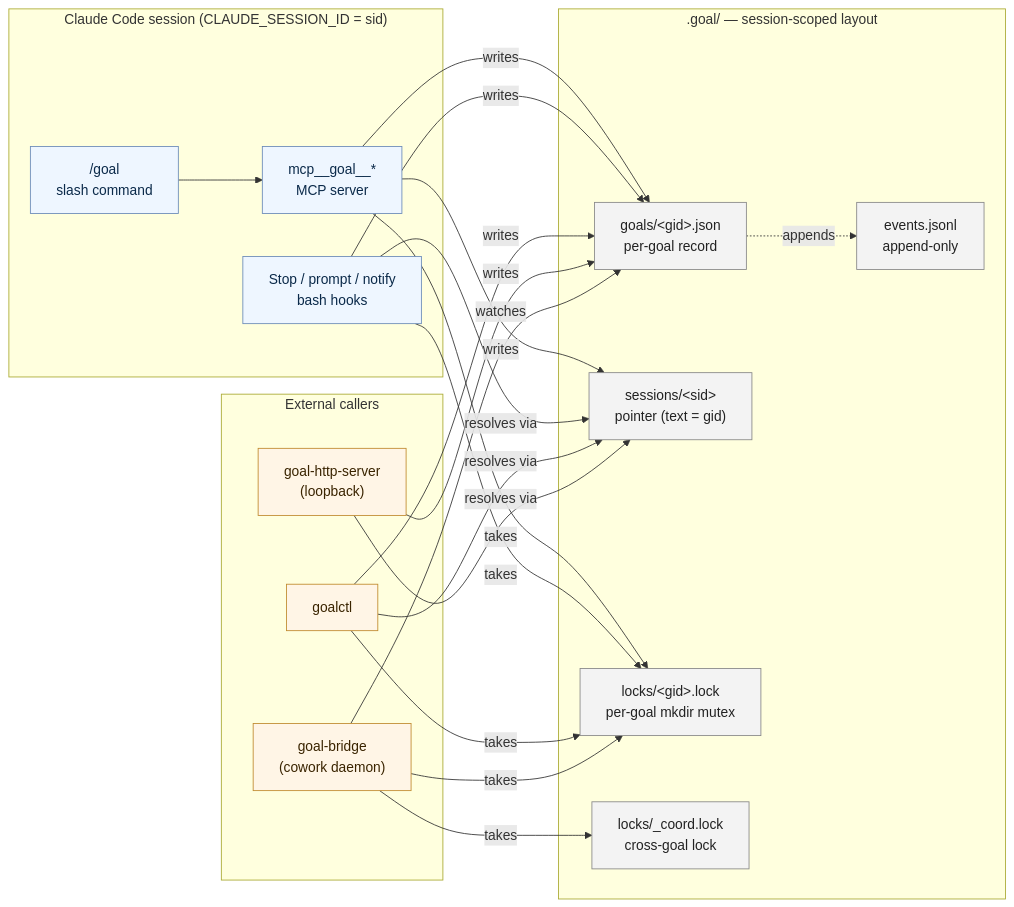
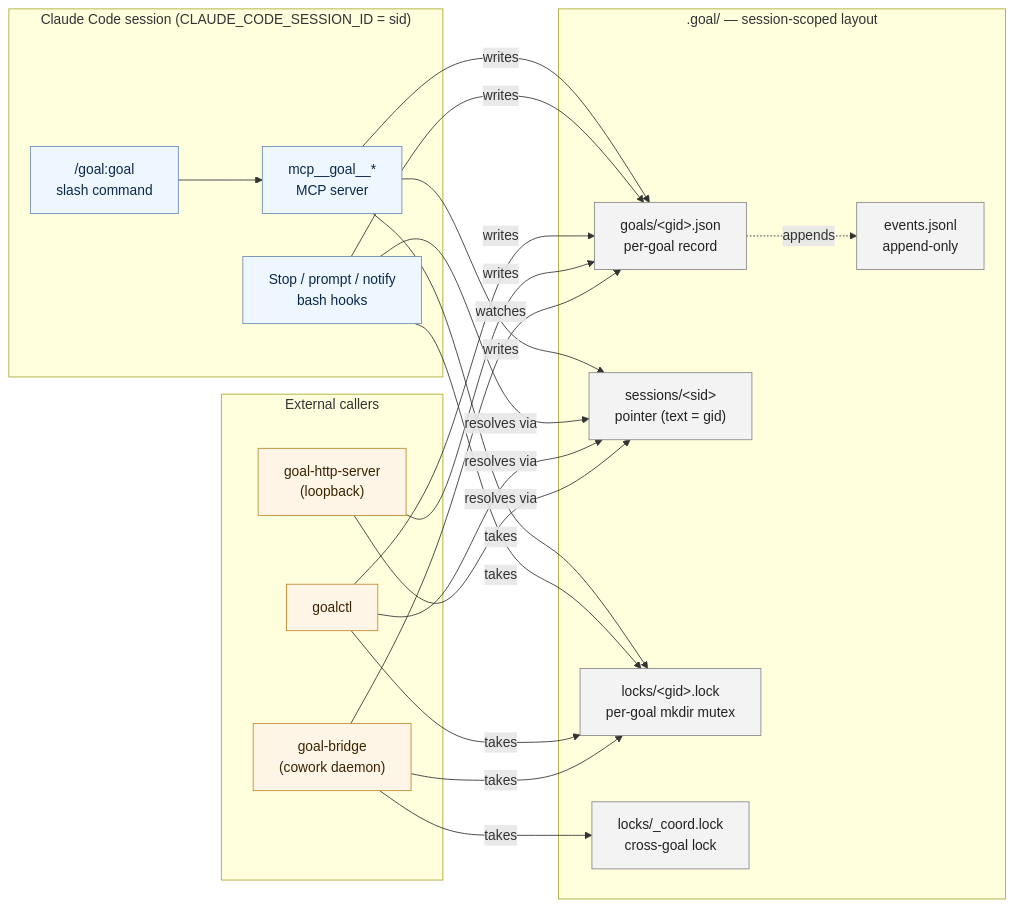
The first of 3 diagrams in README.md (pyyush/goal), drawn with Mermaid before and after one commit. The commit also changed other lines of this file and 12 other files, not shown here.

Commit message:
fix: verify goal plugin e2e flow

````diff
--- a/README.md
+++ b/README.md
@@ -117,44 +146,44 @@
 ```mermaid
 flowchart LR
-    subgraph CC["Claude Code session  (CLAUDE_SESSION_ID = sid)"]
-        SC["/goal<br/>slash command"]
+    subgraph CC["Claude Code session  (CLAUDE_CODE_SESSION_ID = sid)"]
+        SC["/goal:goal<br/>slash command"]
         HOOKS["Stop / prompt / notify<br/>bash hooks"]
         MCP["mcp__goal__*<br/>MCP server"]
     end
     subgraph EXT["External callers"]
         CTL["goalctl"]
         HTTP["goal-http-server<br/>(loopback)"]
         BR["goal-bridge<br/>(cowork daemon)"]
     end
     subgraph FS[".goal/ — session-scoped layout"]
         G["goals/&lt;gid&gt;.json<br/>per-goal record"]
         SES["sessions/&lt;sid&gt;<br/>pointer (text = gid)"]
         LOCK["locks/&lt;gid&gt;.lock<br/>per-goal mkdir mutex"]
         CLOCK["locks/_coord.lock<br/>cross-goal lock"]
         EVT["events.jsonl<br/>append-only"]
     end
 
     SC --> MCP
     MCP -- writes --> G
     MCP -- writes --> SES
     MCP -- takes --> LOCK
     HOOKS -- resolves via --> SES
     HOOKS -- writes --> G
     HOOKS -- takes --> LOCK
     CTL -- resolves via --> SES
     CTL -- writes --> G
     CTL -- takes --> LOCK
     HTTP -- resolves via --> SES
     HTTP -- writes --> G
     BR -- watches --> G
     BR -- takes --> LOCK
     BR -- takes --> CLOCK
     G -. appends .-> EVT
 
     classDef rt fill:#eef6ff,stroke:#6b8bb8,color:#0b2a4a
     classDef ext fill:#fff5e6,stroke:#c08a2f,color:#3a2400
     classDef fs fill:#f3f3f3,stroke:#888,color:#222
     class SC,HOOKS,MCP rt
     class CTL,HTTP,BR ext
     class G,SES,LOCK,CLOCK,EVT fs
 ```
````
